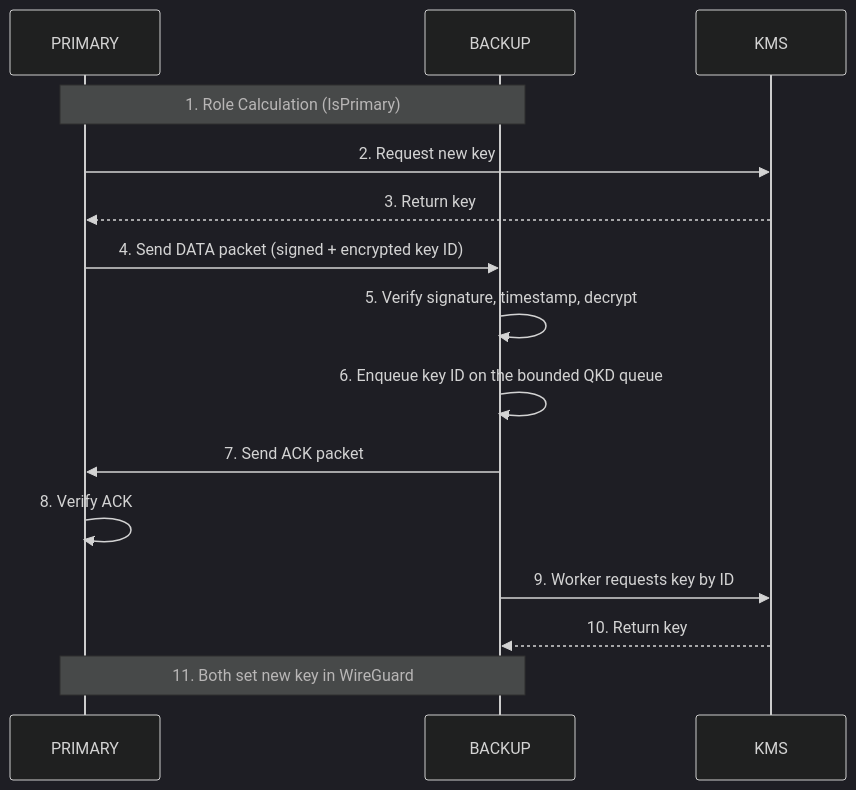
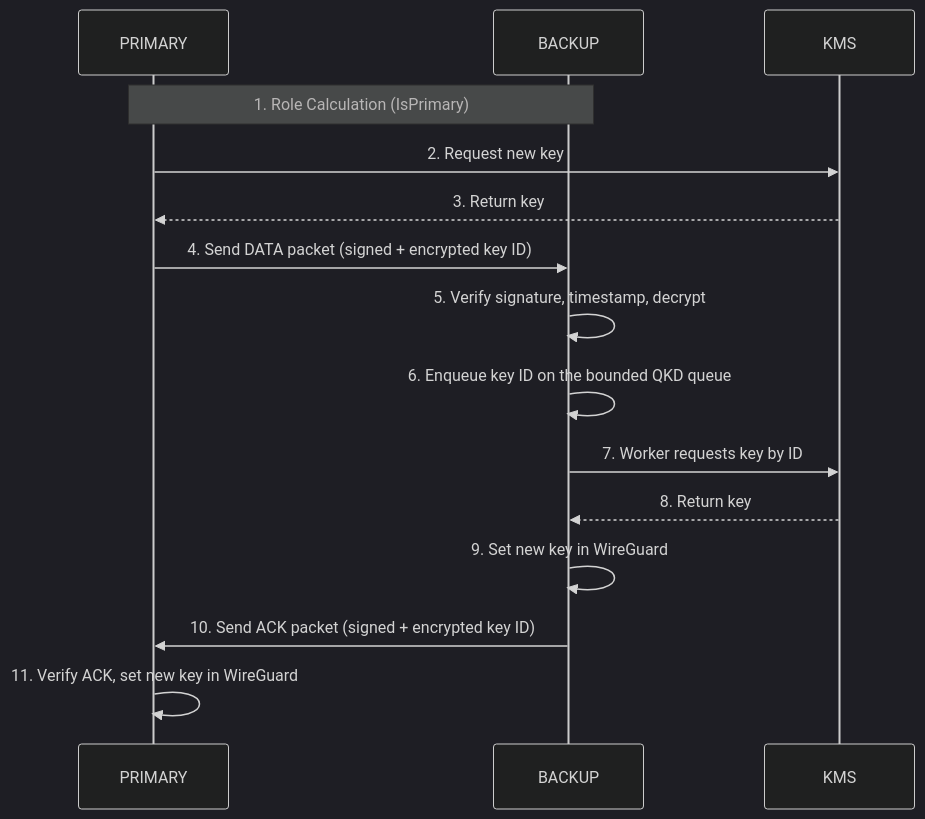
Before and after one commit to arnika-project/arnika: the first of 2 diagrams in CODEFLOW.md, drawn with Mermaid (dark theme). The commit also changed other lines of this file and 9 other files, not shown here.

Commit message:
split `setPSK` into `buildPSK` and `writePSK`, ensuring clear separation between key derivation and configuration; enhance resilience with ACK handling and improved error management in QKD fallback paths

````diff
--- a/CODEFLOW.md
+++ b/CODEFLOW.md
@@ -16,18 +16,18 @@
 ```mermaid
 sequenceDiagram
     participant PRIMARY
     participant BACKUP
     participant KMS
 
     Note over PRIMARY,BACKUP: 1. Role Calculation (IsPrimary)
     PRIMARY->>KMS: 2. Request new key
     KMS-->>PRIMARY: 3. Return key
     PRIMARY->>BACKUP: 4. Send DATA packet (signed + encrypted key ID)
     BACKUP->>BACKUP: 5. Verify signature, timestamp, decrypt
     BACKUP->>BACKUP: 6. Enqueue key ID on the bounded QKD queue
-    BACKUP->>PRIMARY: 7. Send ACK packet
-    PRIMARY->>PRIMARY: 8. Verify ACK
-    BACKUP->>KMS: 9. Worker requests key by ID
-    KMS-->>BACKUP: 10. Return key
-    Note over PRIMARY,BACKUP: 11. Both set new key in WireGuard
+    BACKUP->>KMS: 7. Worker requests key by ID
+    KMS-->>BACKUP: 8. Return key
+    BACKUP->>BACKUP: 9. Set new key in WireGuard
+    BACKUP->>PRIMARY: 10. Send ACK packet (signed + encrypted key ID)
+    PRIMARY->>PRIMARY: 11. Verify ACK, set new key in WireGuard
 ```
````
